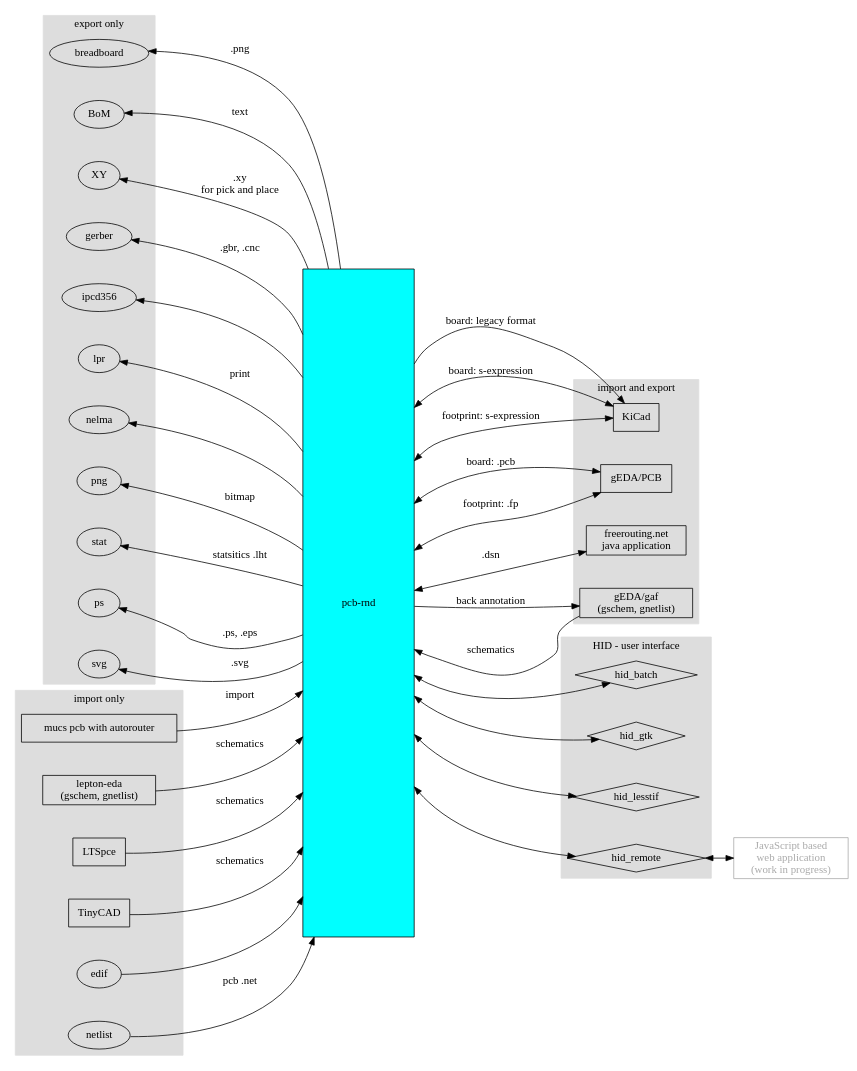
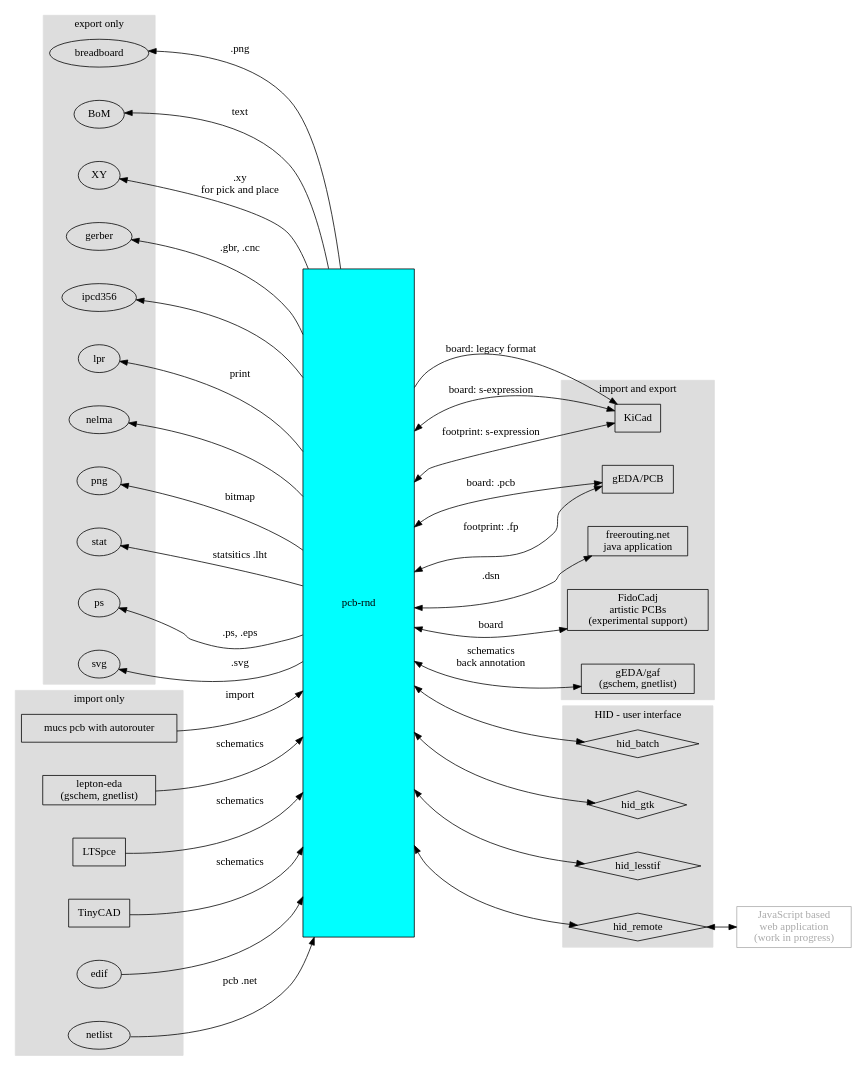
Before and after one commit to NoSuchProcess/pcb-rnd: the diagram in doc/developer/bridges/bridges.dot, drawn with Graphviz. The commit also changed 1 other file, not shown here.

Commit message:
[doc] -Add: fidocadj on bridges, better gschem arrows

```diff
--- a/doc/developer/bridges/bridges.dot
+++ b/doc/developer/bridges/bridges.dot
@@ -1,109 +1,110 @@
 digraph gr {
 	rankdir=LR
 	nodesep=0.6
 	
 	pcbrnd [label="pcb-rnd" style=filled fillcolor=cyan shape=box height=12 width=2]
 	kicad [label="KiCad" shape=box]
 	pcb [label="gEDA/PCB" shape=box]
 	freerouting [label="freerouting.net\njava application" shape=box]
 	mucs [label="mucs pcb with autorouter" shape=box]
 	gEDA [label="gEDA/gaf\n(gschem, gnetlist)" shape=box]
 	lepton [label="lepton-eda\n(gschem, gnetlist)" shape=box]
 	ltspice [label="LTSpce" shape=box]
 	tinycad [label="TinyCAD" shape=box]
 	web [label="JavaScript based\nweb application\n(work in progress)" shape=box color="#aaaaaa" fontcolor="#aaaaaa"]
+	fidocadj [label="FidoCadj\nartistic PCBs\n(experimental support)" shape=box]
 
 
 	subgraph cluster_HID {
 		label = "HID - user interface"
 		style=filled
 		color="#dddddd"
 
 		batch   [label="hid_batch" shape=diamond]
 		gtk     [label="hid_gtk" shape=diamond]
 		lesstif [label="hid_lesstif" shape=diamond]
 		remote  [label="hid_remote" shape=diamond]
 	}
 
 	subgraph cluster_import {
 		label = "import only"
 		style=filled
 		color="#dddddd"
 
 		lepton
 		mucs
 		edif
 		ltspice
 		netlist
 		tinycad
 	}
 
 	subgraph cluster_export {
 		label = "export only"
 		style=filled
 		color="#dddddd"
 
 		breadboard
 		BoM
 		XY
 		gerber
 		ipcd356
 		lpr
 		nelma
 		png
 		ps
 		stat
 		svg
 	}
 
 	subgraph cluster_ie {
 		label = "import and export"
 		style=filled
 		color="#dddddd"
 
 		gEDA
 		kicad
 		pcb
 		freerouting
+		fidocadj
 	}
 
 	pcbrnd -> kicad [label="board: legacy format"]
 	pcbrnd -> kicad [label="board: s-expression" dir=both]
 	pcbrnd -> kicad [label="footprint: s-expression" dir=both]
-
+	pcbrnd -> fidocadj [label="board" dir=both]
 
 	pcbrnd -> pcb [label="board: .pcb" dir=both]
 	pcbrnd -> pcb [label="footprint: .fp" dir=both]
 
 	pcbrnd -> freerouting [label=".dsn" dir=both]
 	mucs -> pcbrnd [label="import"]
 
 	pcbrnd -> breadboard [label=".png"]
 	pcbrnd -> BoM [label="text"]
 	pcbrnd -> XY [label=".xy\nfor pick and place"]
 	pcbrnd -> gerber [label=".gbr, .cnc"]
 	pcbrnd -> ipcd356
 	pcbrnd -> lpr [label="print"]
 	pcbrnd -> nelma
 	pcbrnd -> png [label="bitmap"]
 	pcbrnd -> ps [label=".ps, .eps"]
 	pcbrnd -> stat [label="statsitics .lht"]
 	pcbrnd -> svg [label=".svg"]
 
 	edif -> pcbrnd
 	ltspice -> pcbrnd [label="schematics"]
 	netlist -> pcbrnd [label="pcb .net"]
 	lepton -> pcbrnd [label="schematics"]
-	gEDA -> pcbrnd [label="schematics"]
-	pcbrnd -> gEDA [label="back annotation" weight=10]
+	gEDA -> pcbrnd [label="schematics\nback annotation" dir=both]
 	tinycad -> pcbrnd [label="schematics"]
 
 	pcbrnd -> batch [dir=both]
 	pcbrnd -> gtk [dir=both]
 	pcbrnd -> lesstif [dir=both]
 	pcbrnd -> remote [dir=both]
 
 	remote -> web [dir=both]
 
 	ps -> pcbrnd [weight=1000 style=invis]
 }
```
